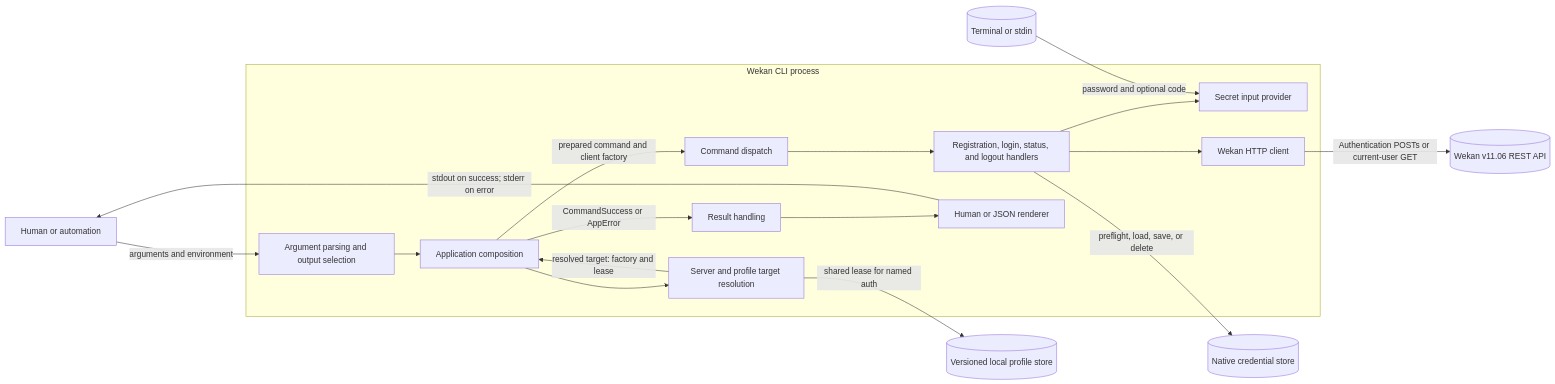
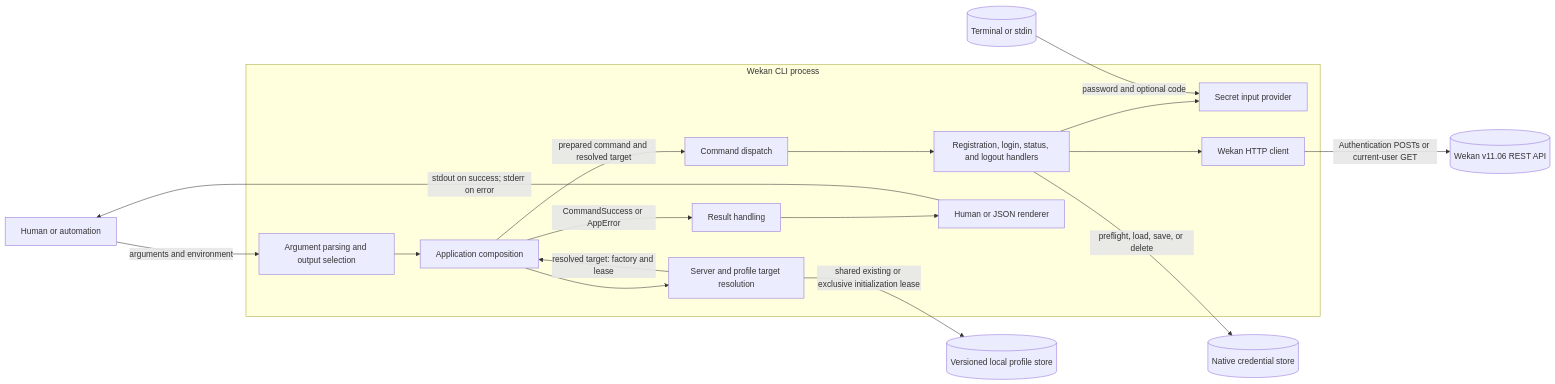
One commit to AhmedLukman/wekan-cli changed the first of 11 diagrams in docs/auth-architecture.md. Above: the diagram before and after it, drawn with Mermaid. The commit also changed other lines of this file and 23 other files, not shown here.

````diff
--- a/docs/auth-architecture.md
+++ b/docs/auth-architecture.md
@@ -15,37 +15,37 @@
 ```mermaid
 flowchart LR
     caller[Human or automation]
 
     subgraph cli[Wekan CLI process]
         entry[Argument parsing and output selection]
         app[Application composition]
         resolver[Server and profile target resolution]
         dispatch[Command dispatch]
         handlers[Registration, login, status, and logout handlers]
         secrets[Secret input provider]
         client[Wekan HTTP client]
         result[Result handling]
         output[Human or JSON renderer]
     end
 
     input[(Terminal or stdin)]
     wekan[(Wekan v11.06 REST API)]
     vault[(Native credential store)]
     profiles[(Versioned local profile store)]
 
     caller -->|arguments and environment| entry
     entry --> app
     app --> resolver
-    resolver -->|shared lease for named auth| profiles
+    resolver -->|shared existing or exclusive initialization lease| profiles
     resolver -->|resolved target: factory and lease| app
-    app -->|prepared command and client factory| dispatch
+    app -->|prepared command and resolved target| dispatch
     dispatch --> handlers
     handlers --> secrets
     input -->|password and optional code| secrets
     handlers --> client
     client -->|Authentication POSTs or current-user GET| wekan
     handlers -->|preflight, load, save, or delete| vault
     app -->|CommandSuccess or AppError| result
     result --> output
     output -->|stdout on success; stderr on error| caller
 ```
````
